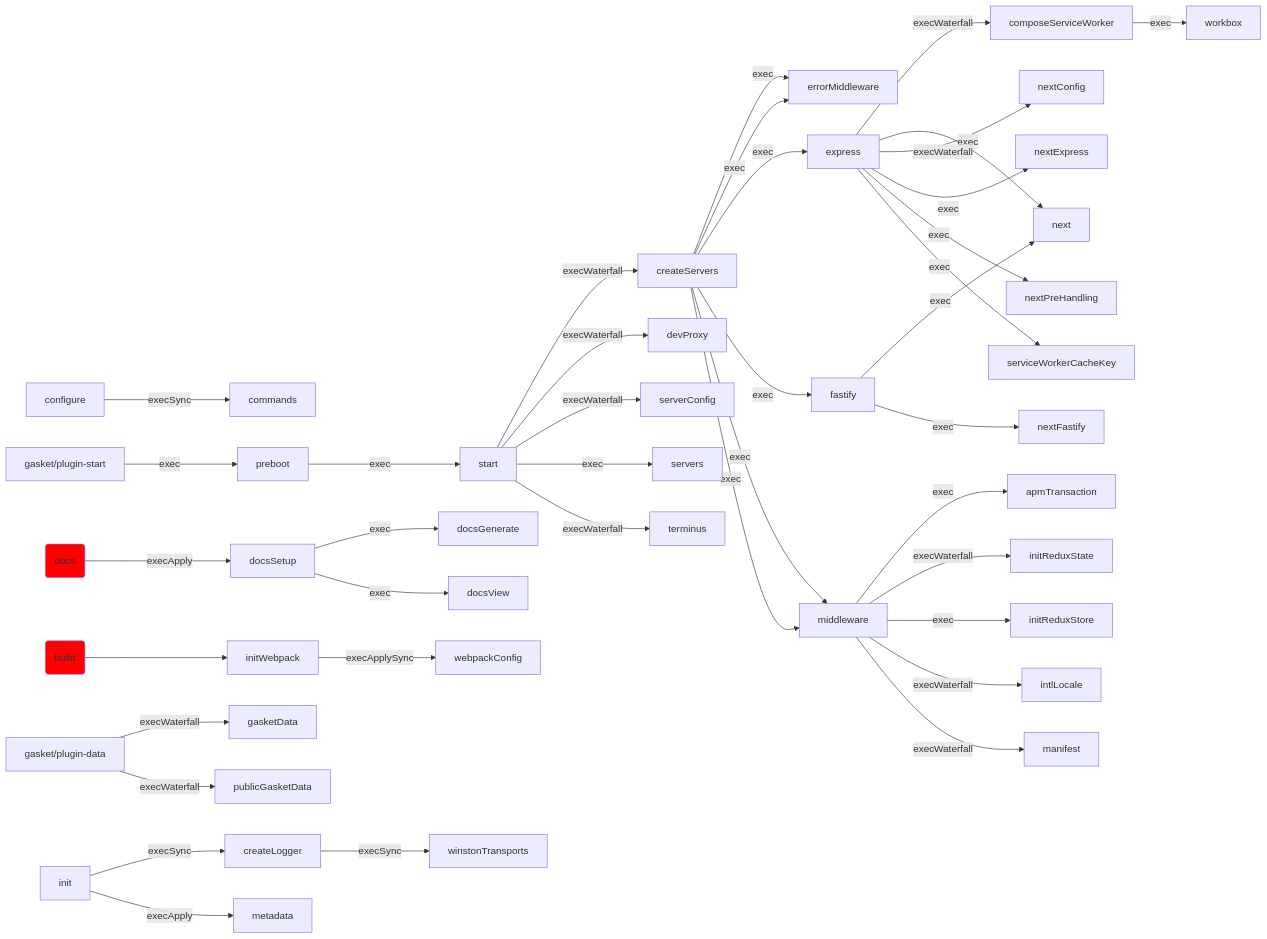
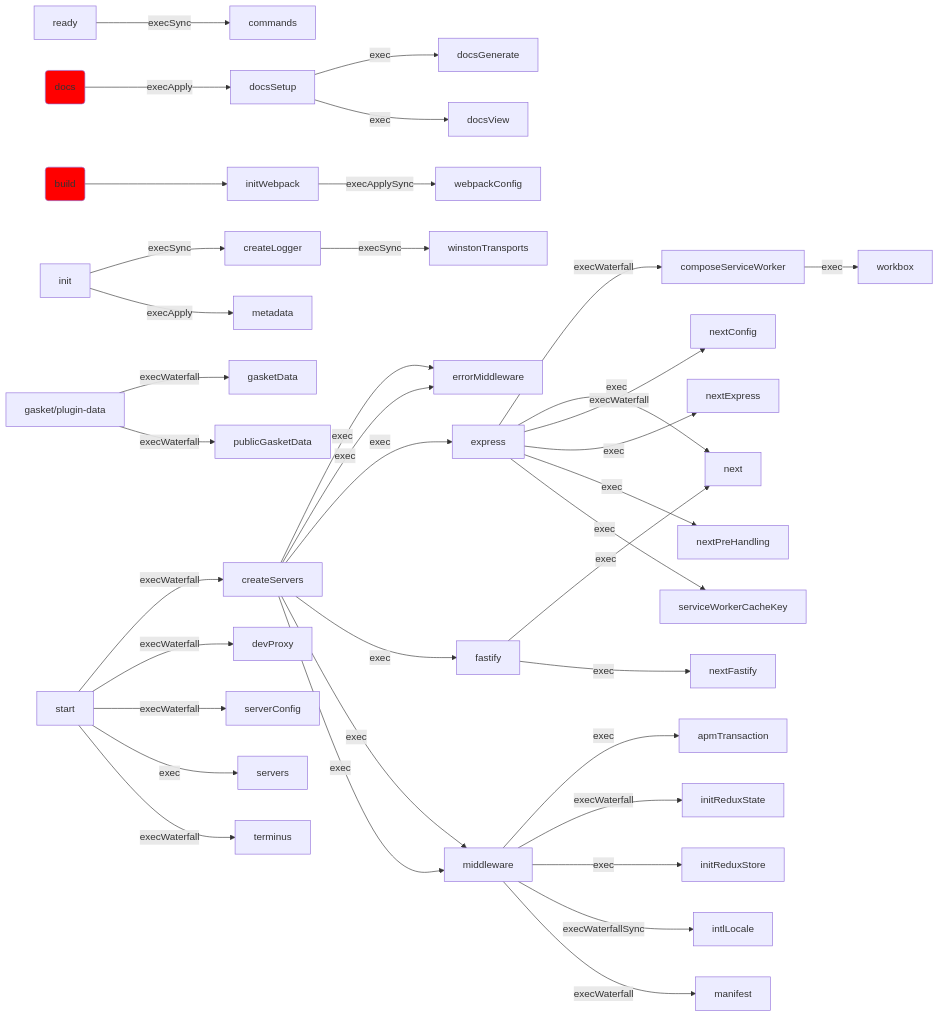
The diagram in docs/generated-docs/lifecycle-graphs.md (godaddy/gasket), drawn with Mermaid before and after one commit. The commit also changed 1 other file, not shown here.

````diff
--- a/docs/generated-docs/lifecycle-graphs.md
+++ b/docs/generated-docs/lifecycle-graphs.md
@@ -1,43 +1,41 @@
 ```mermaid
 graph LR;
 middleware -- exec --> apmTransaction;
-configure -- execSync --> commands;
+ready -- execSync --> commands;
 express -- execWaterfall --> composeServiceWorker;
 init -- execSync --> createLogger;
 start -- execWaterfall --> createServers;
 start -- execWaterfall --> devProxy;
 docsSetup -- exec --> docsGenerate;
 docs-cmd(docs) -- execApply --> docsSetup;
 docsSetup -- exec --> docsView;
 createServers -- exec --> errorMiddleware;
 createServers -- exec --> errorMiddleware;
 createServers -- exec --> express;
 createServers -- exec --> fastify;
 gasket/plugin-data -- execWaterfall --> gasketData;
 middleware -- execWaterfall --> initReduxState;
 middleware -- exec --> initReduxStore;
 build-cmd(build) --> initWebpack;
-middleware -- execWaterfall --> intlLocale;
+middleware -- execWaterfallSync --> intlLocale;
 middleware -- execWaterfall --> manifest;
 init -- execApply --> metadata;
 createServers -- exec --> middleware;
 createServers -- exec --> middleware;
 express -- exec --> next;
 fastify -- exec --> next;
 express -- execWaterfall --> nextConfig;
 express -- exec --> nextExpress;
 fastify -- exec --> nextFastify;
 express -- exec --> nextPreHandling;
-gasket/plugin-start -- exec --> preboot;
 gasket/plugin-data -- execWaterfall --> publicGasketData;
 start -- execWaterfall --> serverConfig;
 start -- exec --> servers;
 express -- exec --> serviceWorkerCacheKey;
-preboot -- exec --> start;
 start -- execWaterfall --> terminus;
 initWebpack -- execApplySync --> webpackConfig;
 createLogger -- execSync --> winstonTransports;
 composeServiceWorker -- exec --> workbox;
 style docs-cmd fill: red;
 style build-cmd fill: red;
 ```
````
